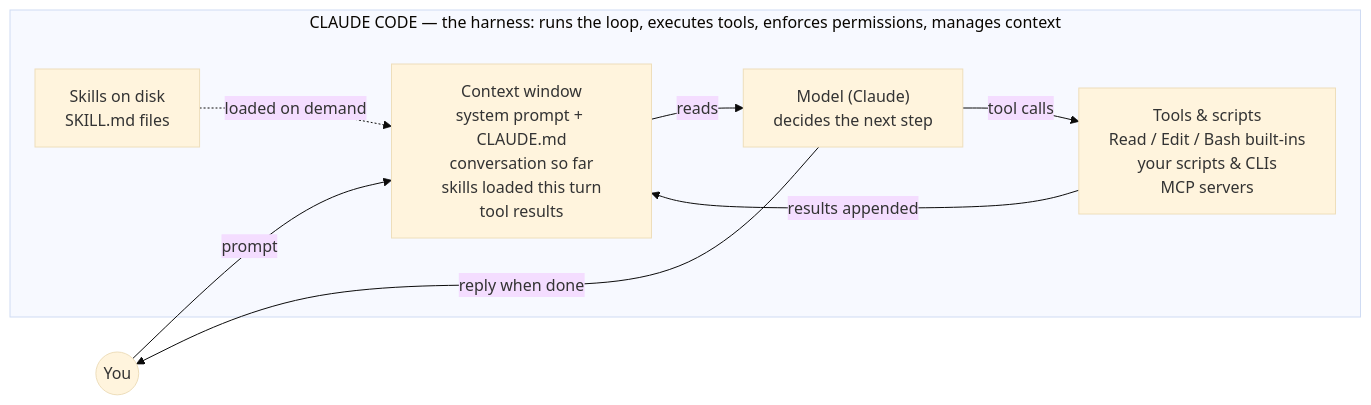
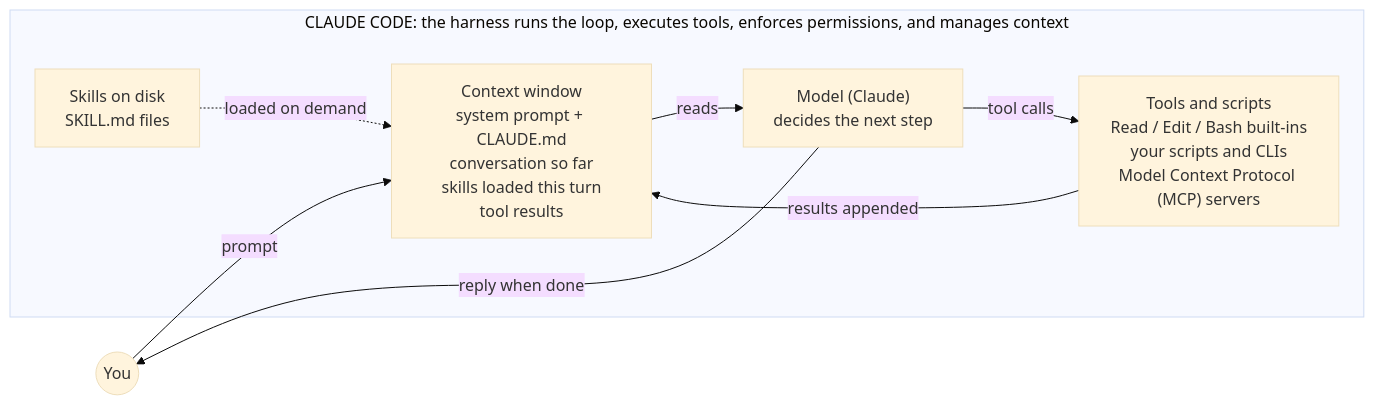
The first of 2 diagrams in docs/agent-anatomy.md (Hermanlangner/market-place-setup), drawn with Mermaid (base theme) before and after one commit. The commit also changed other lines of this file and 23 other files, not shown here.

````diff
--- a/docs/agent-anatomy.md
+++ b/docs/agent-anatomy.md
@@ -9,15 +10,15 @@
 ```mermaid
 flowchart LR
   You((You)) -- "prompt" --> CTX
-  subgraph CC["CLAUDE CODE — the harness: runs the loop, executes tools, enforces permissions, manages context"]
+  subgraph CC["CLAUDE CODE: the harness runs the loop, executes tools, enforces permissions, and manages context"]
     CTX["Context window<br/>system prompt + CLAUDE.md<br/>conversation so far<br/>skills loaded this turn<br/>tool results"]
     M["Model (Claude)<br/>decides the next step"]
-    T["Tools & scripts<br/>Read / Edit / Bash built-ins<br/>your scripts & CLIs<br/>MCP servers"]
+    T["Tools and scripts<br/>Read / Edit / Bash built-ins<br/>your scripts and CLIs<br/>Model Context Protocol (MCP) servers"]
     S["Skills on disk<br/>SKILL.md files"]
     CTX -- "reads" --> M
     M -- "tool calls" --> T
     T -- "results appended" --> CTX
     S -. "loaded on demand" .-> CTX
   end
   M -- "reply when done" --> You
 ```
````
